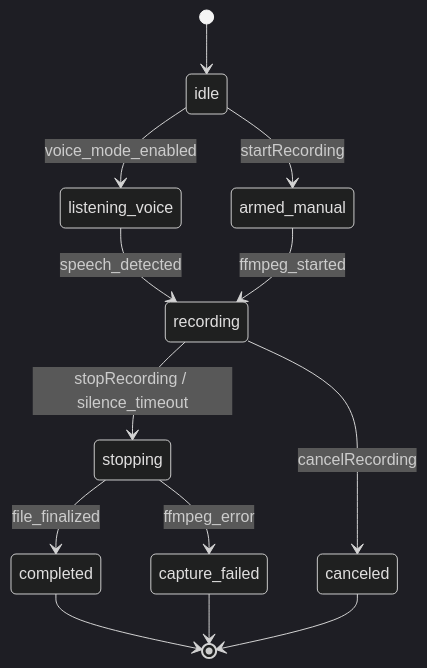
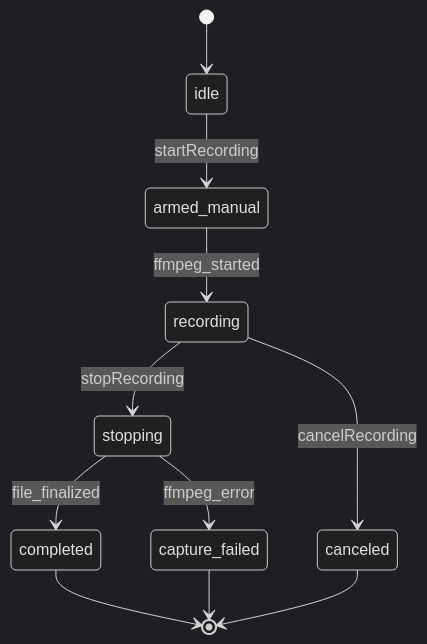
The first of 5 diagrams in specs/ARCTECTURE.md (massun-onibakuchi/speech-to-text-app), drawn with Mermaid (dark theme) before and after one commit. The commit also changed other lines of this file, not shown here.

Commit message:
artecture update

````diff
--- a/specs/ARCTECTURE.md
+++ b/specs/ARCTECTURE.md
@@ -221,15 +221,13 @@
 ```mermaid
 stateDiagram-v2
     [*] --> idle
     idle --> armed_manual: startRecording
-    idle --> listening_voice: voice_mode_enabled
-    listening_voice --> recording: speech_detected
     armed_manual --> recording: ffmpeg_started
-    recording --> stopping: stopRecording / silence_timeout
+    recording --> stopping: stopRecording
     stopping --> completed: file_finalized
     stopping --> capture_failed: ffmpeg_error
     recording --> canceled: cancelRecording
     completed --> [*]
     capture_failed --> [*]
     canceled --> [*]
 ```
````
